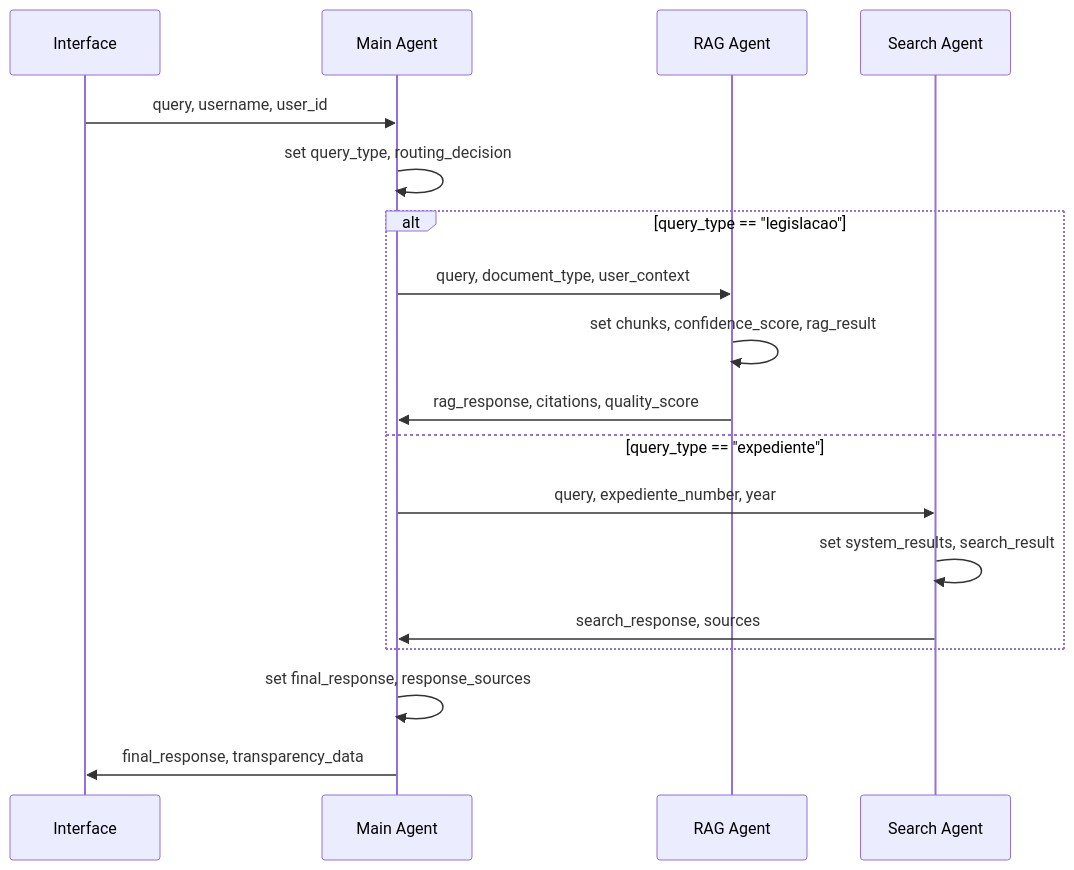
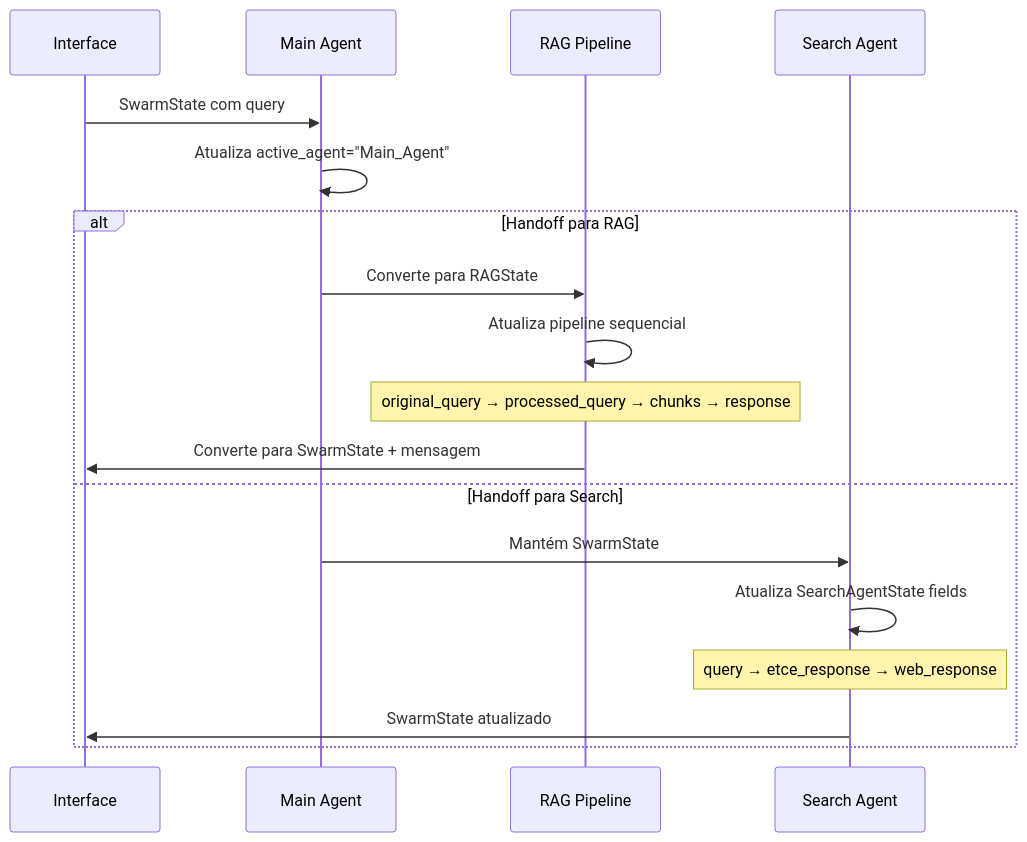
The third of 18 diagrams in docs/tce_swarm/ARCHITECTURE_COMPLETE.md (jgabriellima/coagent01-graph), drawn with Mermaid before and after one commit. The commit also changed other lines of this file and 13 other files, not shown here.

First line of the commit message:
feat: Update TCE-PA architecture and documentation

````diff
--- a/docs/tce_swarm/ARCHITECTURE_COMPLETE.md
+++ b/docs/tce_swarm/ARCHITECTURE_COMPLETE.md
@@ -200,23 +446,22 @@
 ```mermaid
 sequenceDiagram
     participant UI as Interface
     participant MAIN as Main Agent
-    participant RAG as RAG Agent
+    participant RAG as RAG Pipeline
     participant SEARCH as Search Agent
     
-    UI->>MAIN: query, username, user_id
-    MAIN->>MAIN: set query_type, routing_decision
+    UI->>MAIN: SwarmState com query
+    MAIN->>MAIN: Atualiza active_agent="Main_Agent"
     
-    alt query_type == "legislacao"
-        MAIN->>RAG: query, document_type, user_context
-        RAG->>RAG: set chunks, confidence_score, rag_result
-        RAG->>MAIN: rag_response, citations, quality_score
-    else query_type == "expediente"
-        MAIN->>SEARCH: query, expediente_number, year
-        SEARCH->>SEARCH: set system_results, search_result
-        SEARCH->>MAIN: search_response, sources
+    alt Handoff para RAG
+        MAIN->>RAG: Converte para RAGState
+                 RAG->>RAG: Atualiza pipeline sequencial
+        Note over RAG: original_query → processed_query → chunks → response
+        RAG->>UI: Converte para SwarmState + mensagem
+    else Handoff para Search  
+        MAIN->>SEARCH: Mantém SwarmState
+        SEARCH->>SEARCH: Atualiza SearchAgentState fields
+        Note over SEARCH: query → etce_response → web_response
+        SEARCH->>UI: SwarmState atualizado
     end
-    
-    MAIN->>MAIN: set final_response, response_sources
-    MAIN->>UI: final_response, transparency_data
 ```
````
